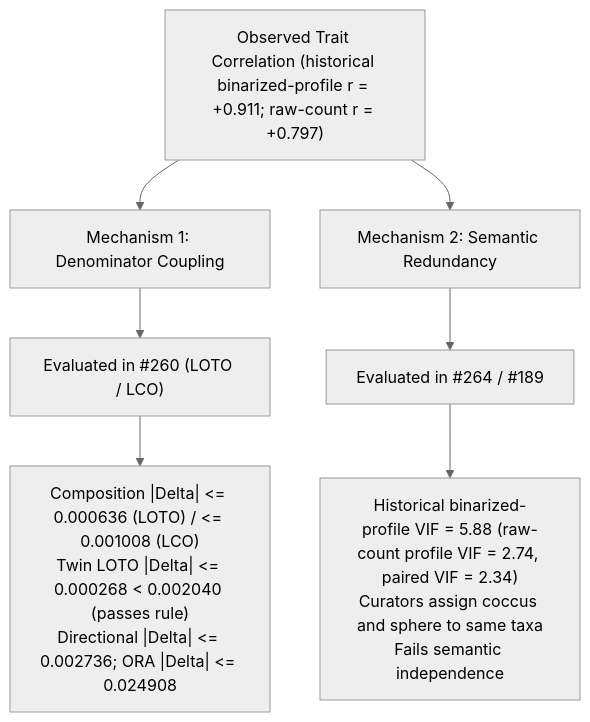
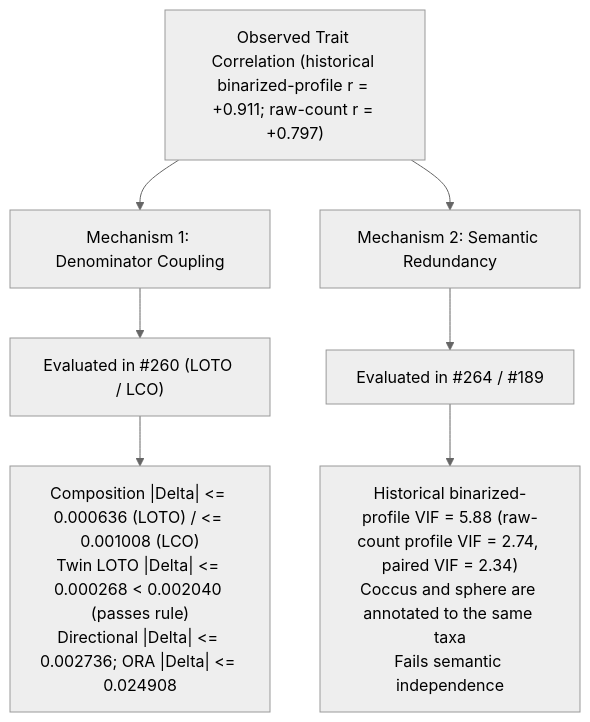
Before and after one commit to CultureBotAI/microbial-trait-profiling: the diagram in methods/trait_coupling_sensitivity.md, drawn with Mermaid (neutral theme). The commit also changed other lines of this file and 7 other files, not shown here.

````diff
--- a/methods/trait_coupling_sensitivity.md
+++ b/methods/trait_coupling_sensitivity.md
@@ -178,9 +178,9 @@
 ```mermaid
 flowchart TD
     A["Observed Trait Correlation (historical binarized-profile r = +0.911; raw-count r = +0.797)"] --> B["Mechanism 1: Denominator Coupling"]
     A --> C["Mechanism 2: Semantic Redundancy"]
     B --> D["Evaluated in #260 (LOTO / LCO)"]
     C --> E["Evaluated in #264 / #189"]
     D --> F["Composition |Delta| <= 0.000636 (LOTO) / <= 0.001008 (LCO)<br/>Twin LOTO |Delta| <= 0.000268 < 0.002040 (passes rule)<br/>Directional |Delta| <= 0.002736; ORA |Delta| <= 0.024908"]
-    E --> G["Historical binarized-profile VIF = 5.88 (raw-count profile VIF = 2.74, paired VIF = 2.34)<br/>Curators assign coccus and sphere to same taxa<br/>Fails semantic independence"]
+    E --> G["Historical binarized-profile VIF = 5.88 (raw-count profile VIF = 2.74, paired VIF = 2.34)<br/>Coccus and sphere are annotated to the same taxa<br/>Fails semantic independence"]
 ```
````
